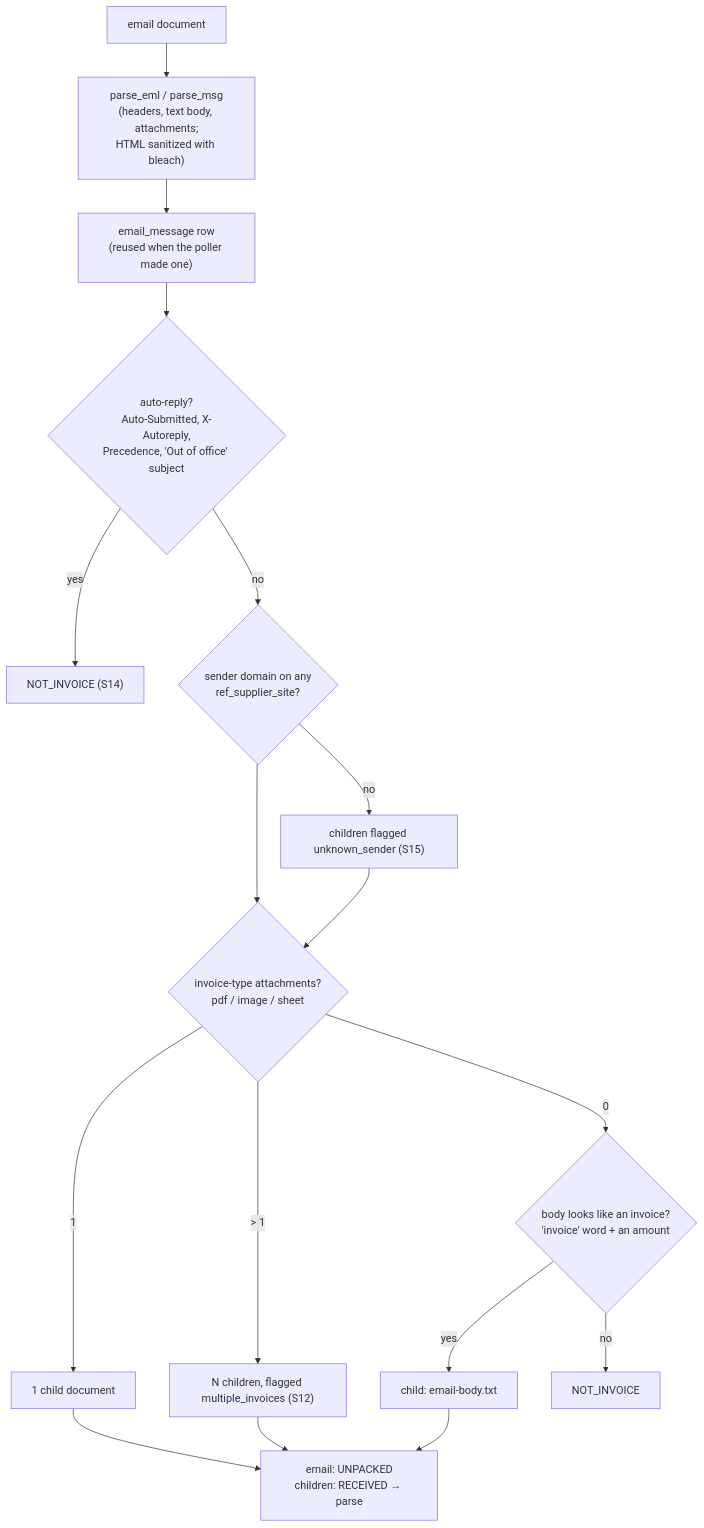
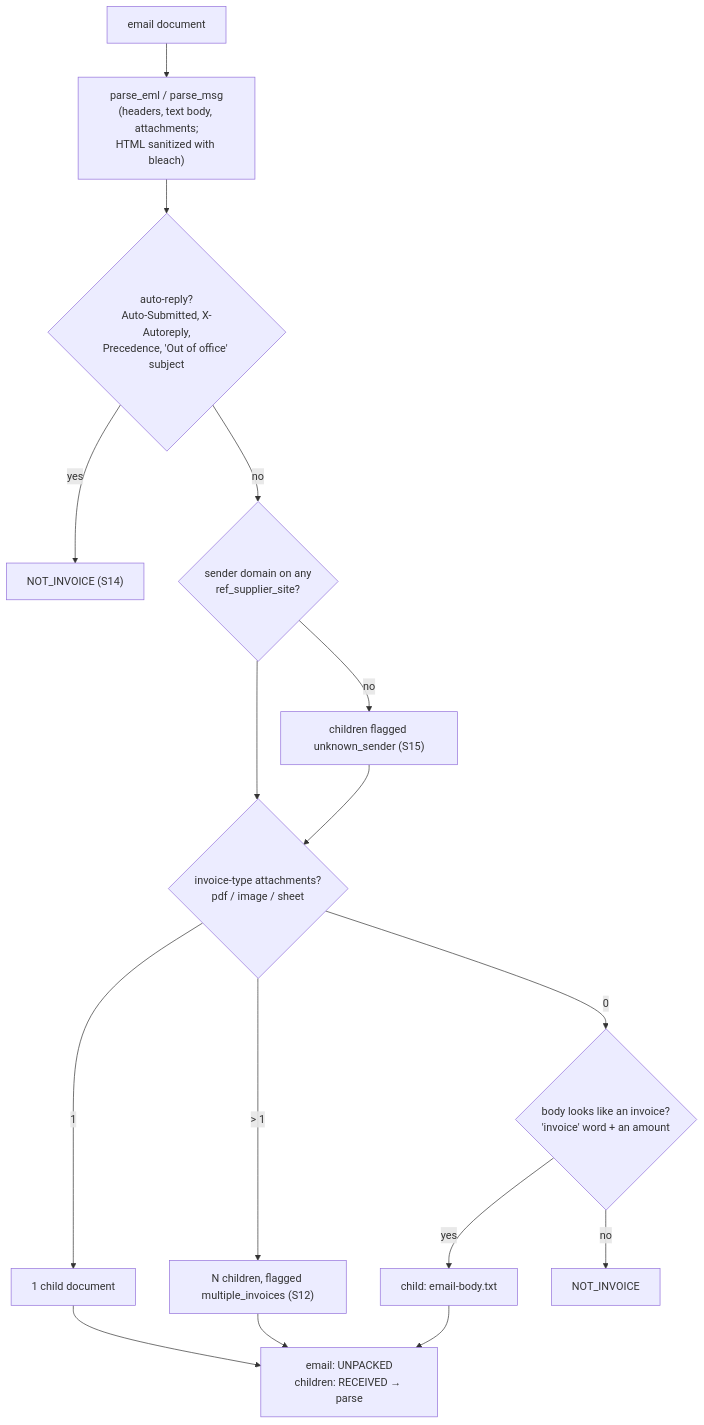
The seventh of 18 diagrams in docs/HOW-IT-WORKS.md (Ajinkya2101/AAP), drawn with Mermaid before and after one commit. The commit also changed other lines of this file and 2 other files, not shown here.

First line of the commit message:
Fix: made-up APLOAD test rows; mailbox removed from HOW-IT-WORKS (E3)

````diff
--- a/docs/HOW-IT-WORKS.md
+++ b/docs/HOW-IT-WORKS.md
@@ -348,17 +333,16 @@
 ```mermaid
 flowchart TD
     e["email document"] --> p["parse_eml / parse_msg<br/>(headers, text body, attachments;<br/>HTML sanitized with bleach)"]
-    p --> row["email_message row<br/>(reused when the poller made one)"]
-    row --> ar{"auto-reply?<br/>Auto-Submitted, X-Autoreply,<br/>Precedence, 'Out of office' subject"}
+    p --> ar{"auto-reply?<br/>Auto-Submitted, X-Autoreply,<br/>Precedence, 'Out of office' subject"}
     ar -- yes --> ni["NOT_INVOICE (S14)"]
     ar -- no --> snd{"sender domain on any<br/>ref_supplier_site?"}
     snd -- no --> fl["children flagged unknown_sender (S15)"]
     snd --> att{"invoice-type attachments?<br/>pdf / image / sheet"}
     fl --> att
     att -- "1" --> one["1 child document"]
     att -- "> 1" --> many["N children, flagged multiple_invoices (S12)"]
     att -- "0" --> body{"body looks like an invoice?<br/>'invoice' word + an amount"}
     body -- yes --> bd["child: email-body.txt"]
     body -- no --> ni2["NOT_INVOICE"]
     one & many & bd --> up["email: UNPACKED<br/>children: RECEIVED → parse"]
 ```
````
